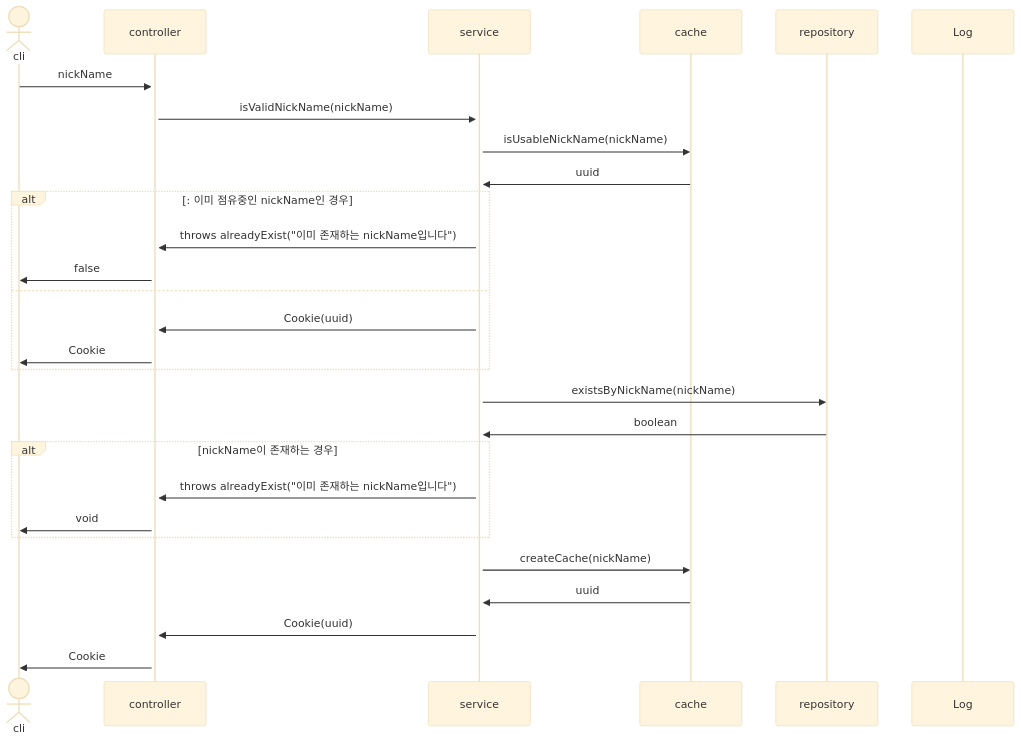
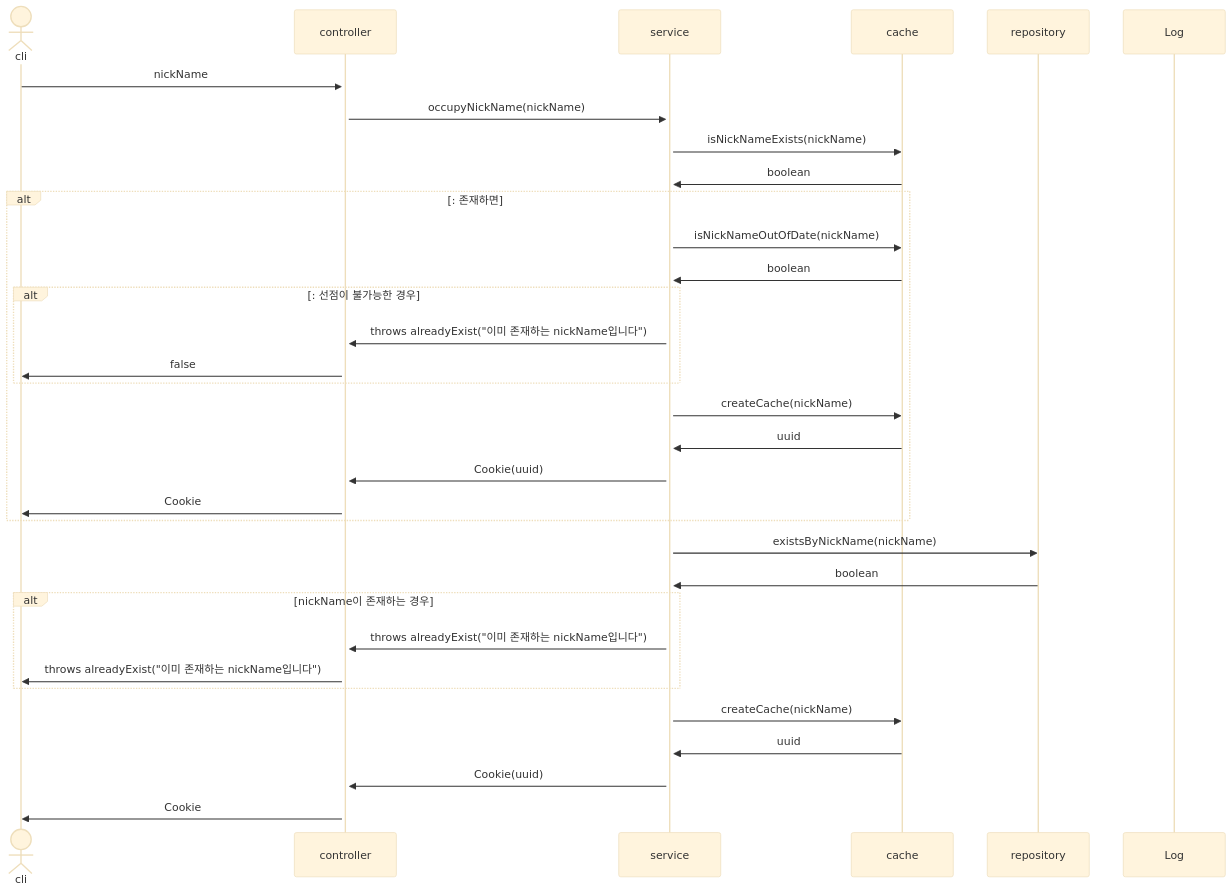
Before and after one commit to mtak0235/snsX: the second of 30 diagrams in sequence.md, drawn with Mermaid (base theme). The commit also changed other lines of this file, not shown here.

Commit message:
update isValidMember... -> occupyMember... sequence diagram

````diff
--- a/sequence.md
+++ b/sequence.md
@@ -37,31 +42,36 @@
 ```mermaid
 sequenceDiagram
 actor cli
 participant c as controller
 participant s as service
 participant ca as cache
 participant r as repository
 participant l as Log
 
 cli->>+c: nickName
-c->>+s: isValidNickName(nickName)
-s->>ca: isUsableNickName(nickName)
-ca->>s: uuid
-alt: 이미 점유중인 nickName인 경우
+c->>+s: occupyNickName(nickName)
+s->>ca: isNickNameExists(nickName)
+ca->>s: boolean
+alt: 존재하면
+s->>ca: isNickNameOutOfDate(nickName)
+ca->>s: boolean
+alt: 선점이 불가능한 경우
 s->>c: throws alreadyExist("이미 존재하는 nickName입니다")
 c->>cli: false
-else
+end
+s->>ca: createCache(nickName)
+ca->>s: uuid
 s->>c: Cookie(uuid)
 c->>cli: Cookie
 end
 s->>r: existsByNickName(nickName)
 r->>s: boolean
 alt nickName이 존재하는 경우
 s->>c: throws alreadyExist("이미 존재하는 nickName입니다")
-c->>cli: void
+c->>cli: throws alreadyExist("이미 존재하는 nickName입니다")
 end
 s->>ca: createCache(nickName)
 ca->>s: uuid
 s->>c: Cookie(uuid)
 c->>cli: Cookie
 ```
````
